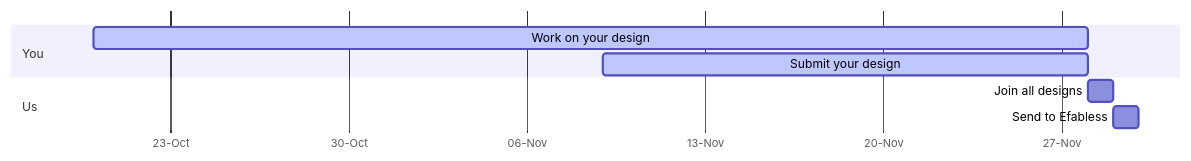
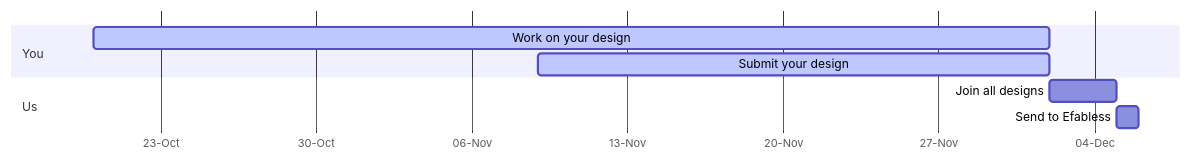
Before and after one commit to TinyTapeout/tinytapeout_www: the diagram in content/_index.en.md, drawn with Mermaid. The commit also changed other lines of this file and 1 other file, not shown here.

Commit message:
add inventory tracking

```diff
--- a/content/_index.en.md
+++ b/content/_index.en.md
@@ -17,12 +19,12 @@
 {{<mermaid>}}
 gantt
         dateFormat  YYYY-MM-DD
         axisFormat %d-%b
         section You
-        Work on your design       :   active,2022-10-20,2022-11-28
-        Submit your design        :   active,2022-11-09,2022-11-28
+        Work on your design       :   active,2022-10-20,2022-12-02
+        Submit your design        :   active,2022-11-09,2022-12-02
         
         section Us
-        Join all designs          :   2022-11-28, 1d
-        Send to Efabless          :   2022-11-29, 1d
+        Join all designs          :   2022-12-02, 3d
+        Send to Efabless          :   2022-12-05, 1d
 {{</mermaid>}}
```
